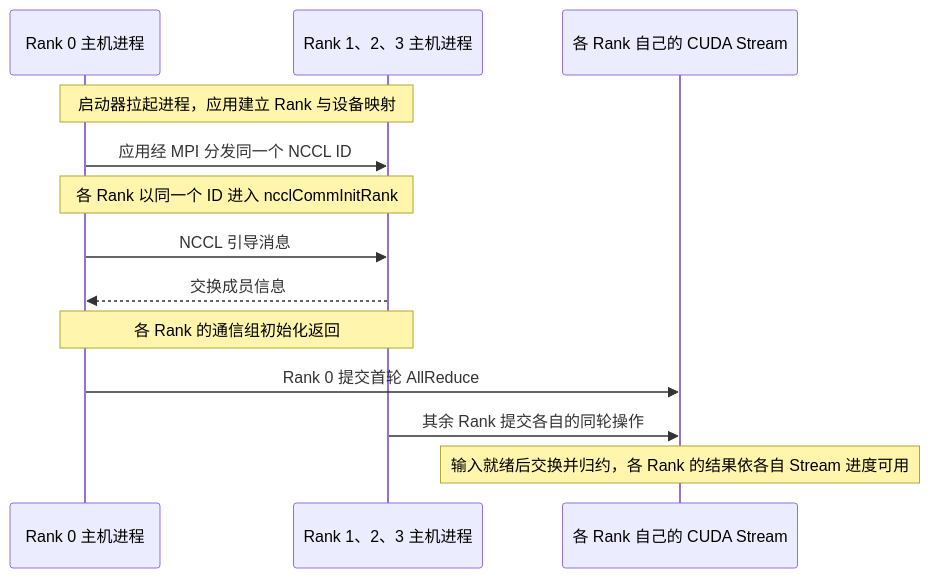
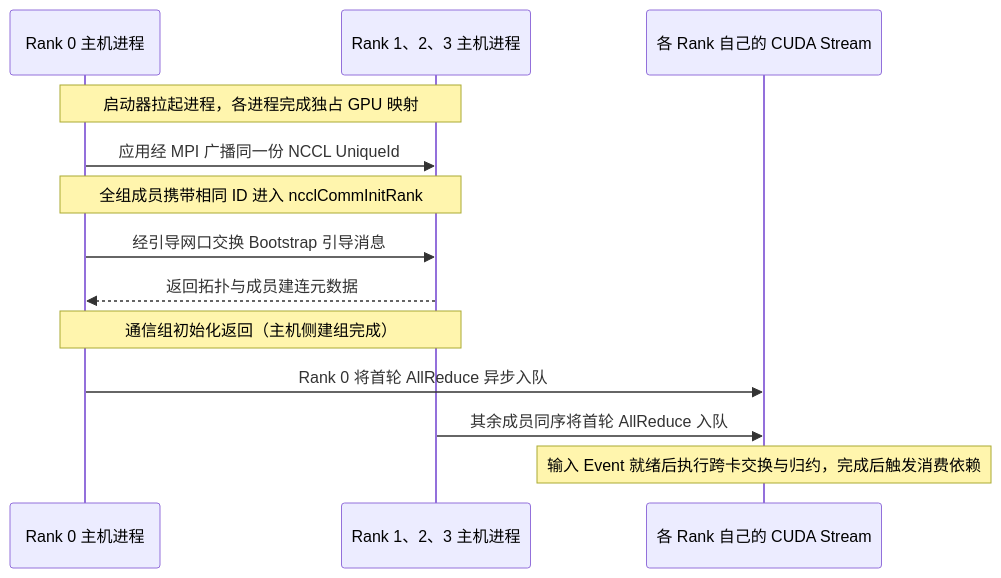
One commit to realtyz/ops-manual changed the diagram in AI-Infra/08_NCCL如何组织GPU间的通信/02_NCCL 通信组初始化与 CUDA Stream 执行.md. Above: the diagram before and after it, drawn with Mermaid. The commit also changed other lines of this file and 194 other files, not shown here.

````diff
--- a/AI-Infra/08_NCCL如何组织GPU间的通信/02_NCCL 通信组初始化与 CUDA Stream 执行.md
+++ b/AI-Infra/08_NCCL如何组织GPU间的通信/02_NCCL 通信组初始化与 CUDA Stream 执行.md
@@ -29,15 +63,16 @@
 ```mermaid
 sequenceDiagram
+    accDescr: 四进程两机场景下，从 MPI 分发 NCCL UniqueId、Bootstrap 引导完成通信组初始化，到各 Rank 向各自 CUDA Stream 异步提交首轮 AllReduce 并按依赖执行的时序流程。
     participant A as Rank 0 主机进程
     participant B as Rank 1、2、3 主机进程
     participant G as 各 Rank 自己的 CUDA Stream
-    Note over A,B: 启动器拉起进程，应用建立 Rank 与设备映射
-    A->>B: 应用经 MPI 分发同一个 NCCL ID
-    Note over A,B: 各 Rank 以同一个 ID 进入 ncclCommInitRank
-    A->>B: NCCL 引导消息
-    B-->>A: 交换成员信息
-    Note over A,B: 各 Rank 的通信组初始化返回
-    A->>G: Rank 0 提交首轮 AllReduce
-    B->>G: 其余 Rank 提交各自的同轮操作
-    Note over G: 输入就绪后交换并归约，各 Rank 的结果依各自 Stream 进度可用
+    Note over A,B: 启动器拉起进程，各进程完成独占 GPU 映射
+    A->>B: 应用经 MPI 广播同一份 NCCL UniqueId
+    Note over A,B: 全组成员携带相同 ID 进入 ncclCommInitRank
+    A->>B: 经引导网口交换 Bootstrap 引导消息
+    B-->>A: 返回拓扑与成员建连元数据
+    Note over A,B: 通信组初始化返回（主机侧建组完成）
+    A->>G: Rank 0 将首轮 AllReduce 异步入队
+    B->>G: 其余成员同序将首轮 AllReduce 入队
+    Note over G: 输入 Event 就绪后执行跨卡交换与归约，完成后触发消费依赖
 ```
````
